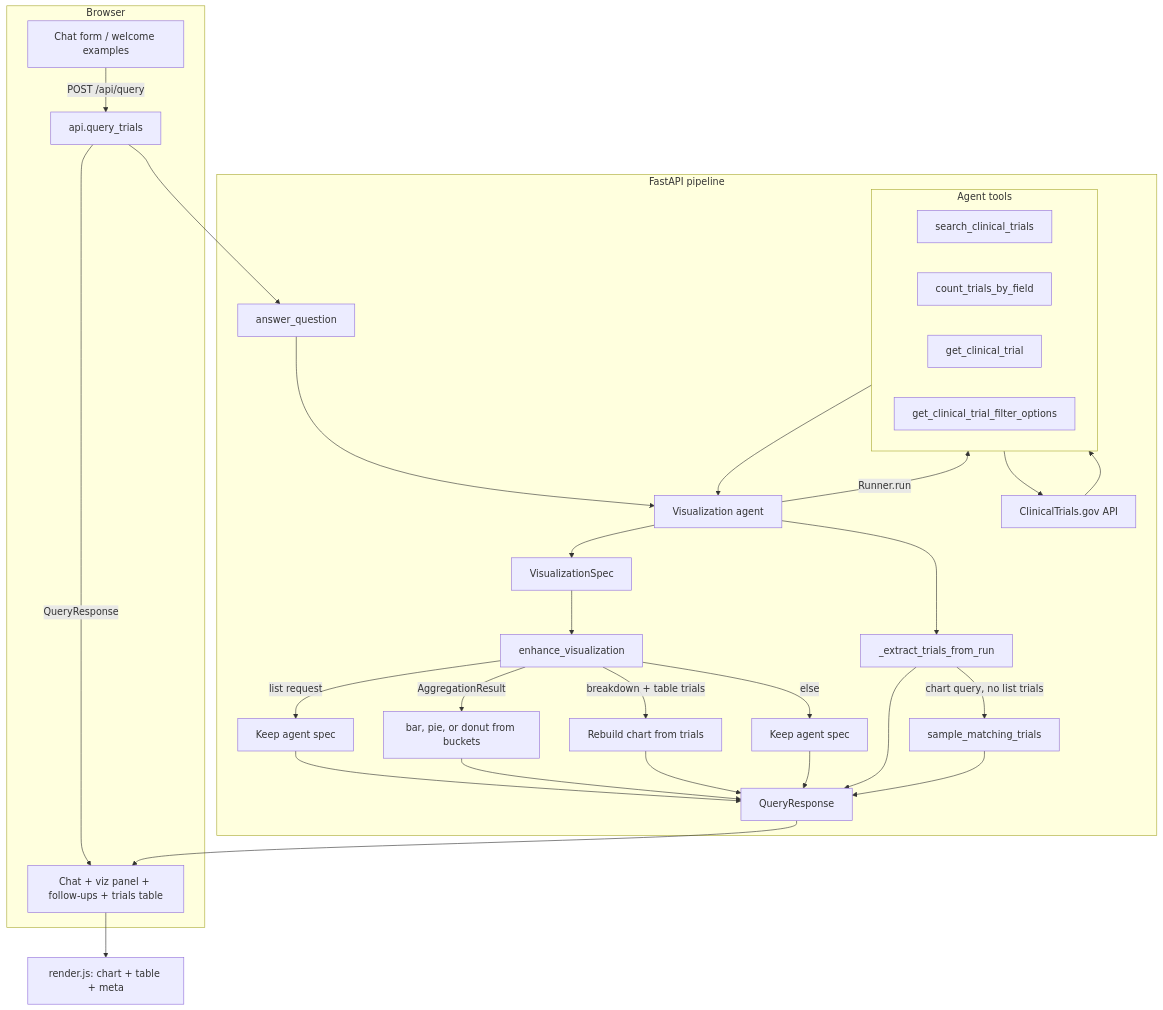
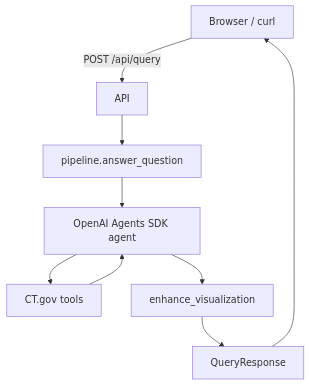
Before and after one commit to VageeshHegde/clinical-trial-visualization-agent: the diagram in README.md, drawn with Mermaid. The commit also changed other lines of this file and 5 other files, not shown here.

````diff
--- a/README.md
+++ b/README.md
@@ -246,45 +94,11 @@
 ```mermaid
 flowchart TD
-    subgraph UI["Browser"]
-        Form[Chat form / welcome examples]
-        Form -->|POST /api/query| API
-        API -->|QueryResponse| Panel[Chat + viz panel + follow-ups + trials table]
-    end
-
-    subgraph Backend["FastAPI pipeline"]
-        API[api.query_trials]
-        API --> AQ[answer_question]
-        AQ --> Agent[Visualization agent]
-        Agent -->|Runner.run| Tools
-
-        subgraph Tools["Agent tools"]
-            Search[search_clinical_trials]
-            Count[count_trials_by_field]
-            Get[get_clinical_trial]
-            Filters[get_clinical_trial_filter_options]
-        end
-
-        Tools --> CTG[ClinicalTrials.gov API]
-        CTG --> Tools
-        Tools --> Agent
-
-        Agent --> Spec[VisualizationSpec]
-        Spec --> Enhance[enhance_visualization]
-        Enhance -->|list request| Keep1[Keep agent spec]
-        Enhance -->|AggregationResult| Auto[bar, pie, or donut from buckets]
-        Enhance -->|breakdown + table trials| Rebuild[Rebuild chart from trials]
-        Enhance -->|else| Keep2[Keep agent spec]
-
-        Agent --> Extract[_extract_trials_from_run]
-        Extract -->|chart query, no list trials| Sample[sample_matching_trials]
-        Keep1 --> Response[QueryResponse]
-        Auto --> Response
-        Rebuild --> Response
-        Keep2 --> Response
-        Extract --> Response
-        Sample --> Response
-    end
-
-    Response --> Panel
-    Panel --> Render[render.js: chart + table + meta]
+    UI[Browser / curl] -->|POST /api/query| API
+    API --> Pipeline[pipeline.answer_question]
+    Pipeline --> Agent[OpenAI Agents SDK agent]
+    Agent --> Tools[CT.gov tools]
+    Tools --> Agent
+    Agent --> Enhance[enhance_visualization]
+    Enhance --> Response[QueryResponse]
+    Response --> UI
 ```
````
